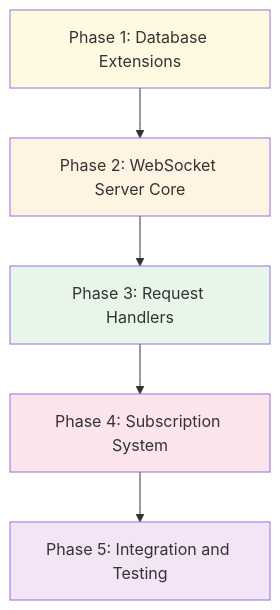
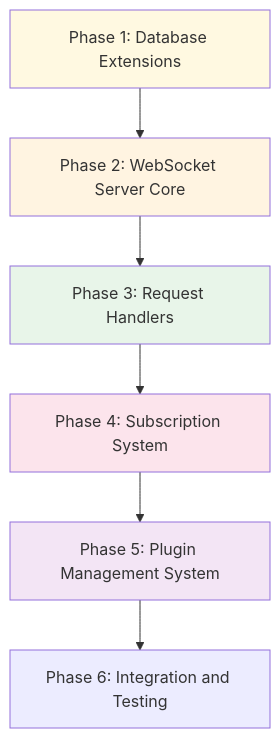
The diagram in plans/rhd-chat-server-implementation.md (Rulexec/rhd), drawn with Mermaid before and after one commit. The commit also changed other lines of this file and 21 other files, not shown here.

Commit message:
add plugin management and custom event api types to rhd_chat_api

````diff
--- a/plans/rhd-chat-server-implementation.md
+++ b/plans/rhd-chat-server-implementation.md
@@ -219,13 +289,14 @@
 ```mermaid
 graph TD
     A[Phase 1: Database Extensions] --> B[Phase 2: WebSocket Server Core]
     B --> C[Phase 3: Request Handlers]
     C --> D[Phase 4: Subscription System]
-    D --> E[Phase 5: Integration and Testing]
+    D --> E[Phase 5: Plugin Management System]
+    E --> F[Phase 6: Integration and Testing]
     
     style A fill:#fff9e1
     style B fill:#fff4e1
     style C fill:#e8f5e9
     style D fill:#fce4ec
     style E fill:#f3e5f5
 ```
````
